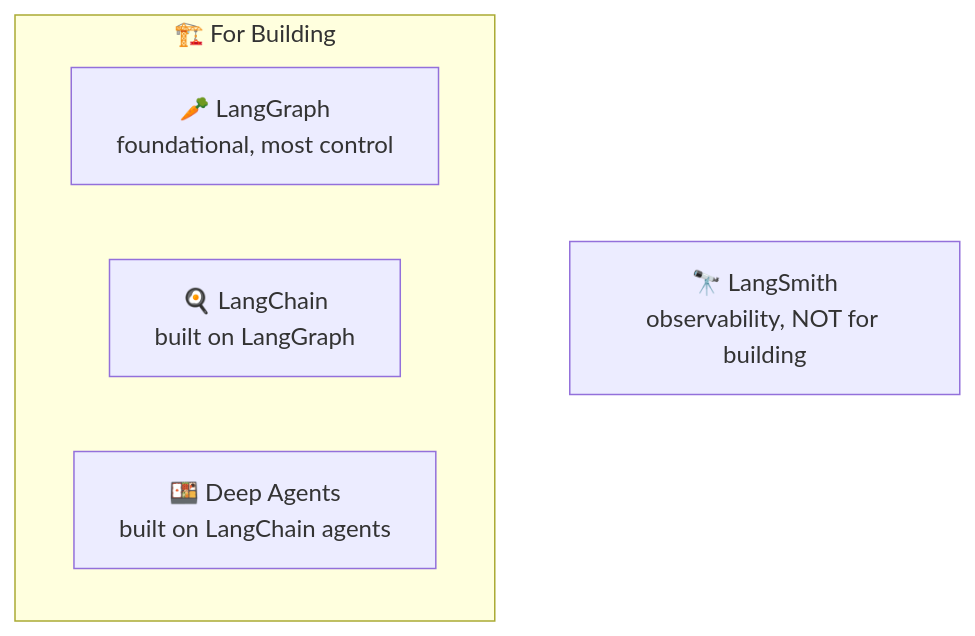
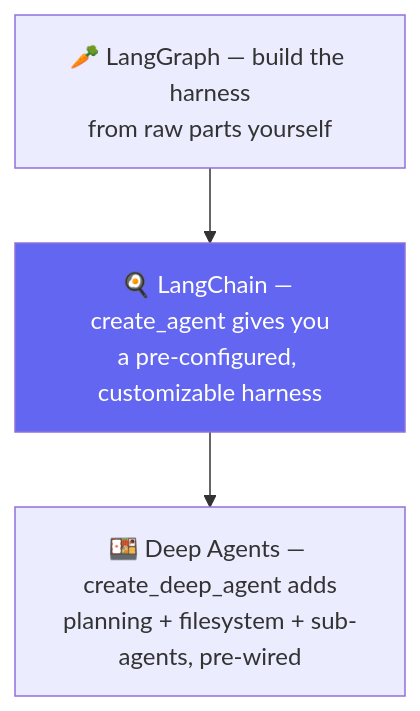
Before and after one commit to shiqs90/agent3.0-mcp-live-2026: the diagram in classes_summary/07 - 18 Jul - LangChain Family & Harness Engineering.md, drawn with Mermaid. The commit also changed other lines of this file and 19 other files, not shown here.

````diff
--- a/classes_summary/07 - 18 Jul - LangChain Family & Harness Engineering.md
+++ b/classes_summary/07 - 18 Jul - LangChain Family & Harness Engineering.md
@@ -24,9 +37,6 @@
 ```mermaid
 flowchart TD
-    subgraph Building["🏗️ For Building"]
-        LG["🥕 LangGraph<br/>foundational, most control"]
-        LC["🍳 LangChain<br/>built on LangGraph"]
-        DA["🍱 Deep Agents<br/>built on LangChain agents"]
-    end
-    OB["🔭 LangSmith<br/>observability, NOT for building"]
+    LG["🥕 LangGraph — build the harness<br/>from raw parts yourself"] --> LC["🍳 LangChain — create_agent gives you<br/>a pre-configured, customizable harness"]
+    LC --> DA["🍱 Deep Agents — create_deep_agent adds<br/>planning + filesystem + sub-agents, pre-wired"]
+    style LC fill:#6366f1,color:#fff
 ```
````
